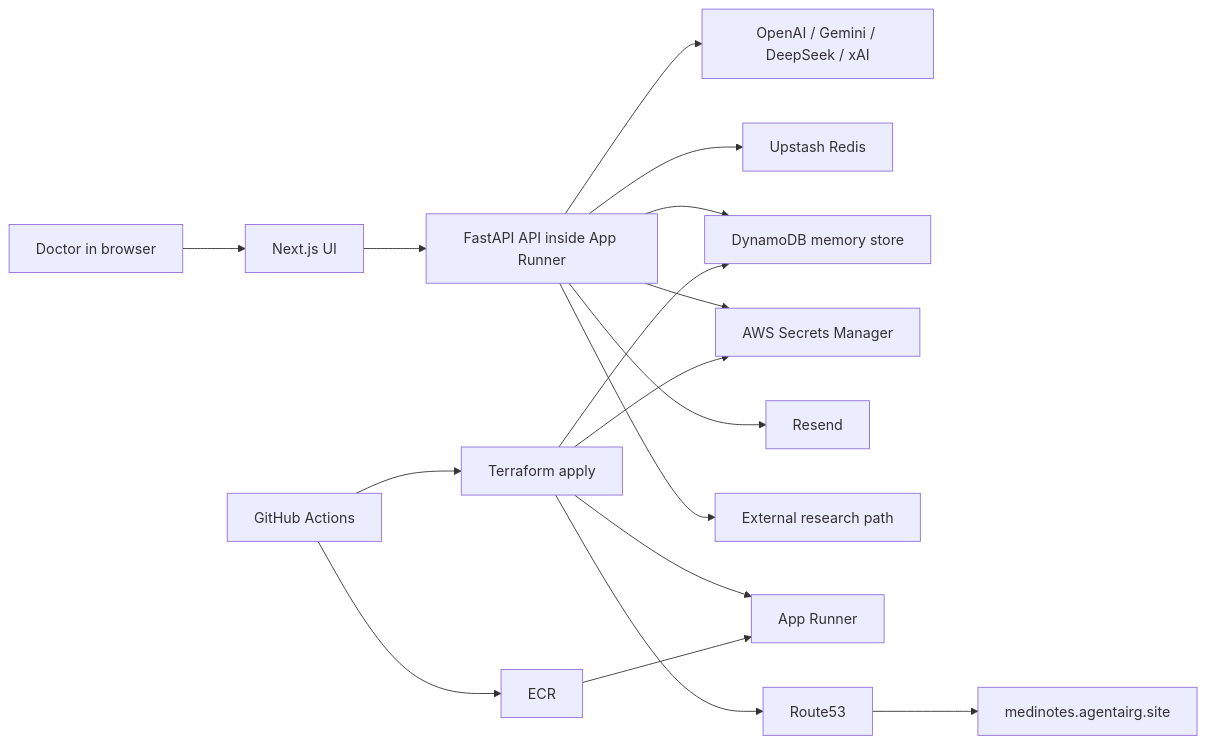
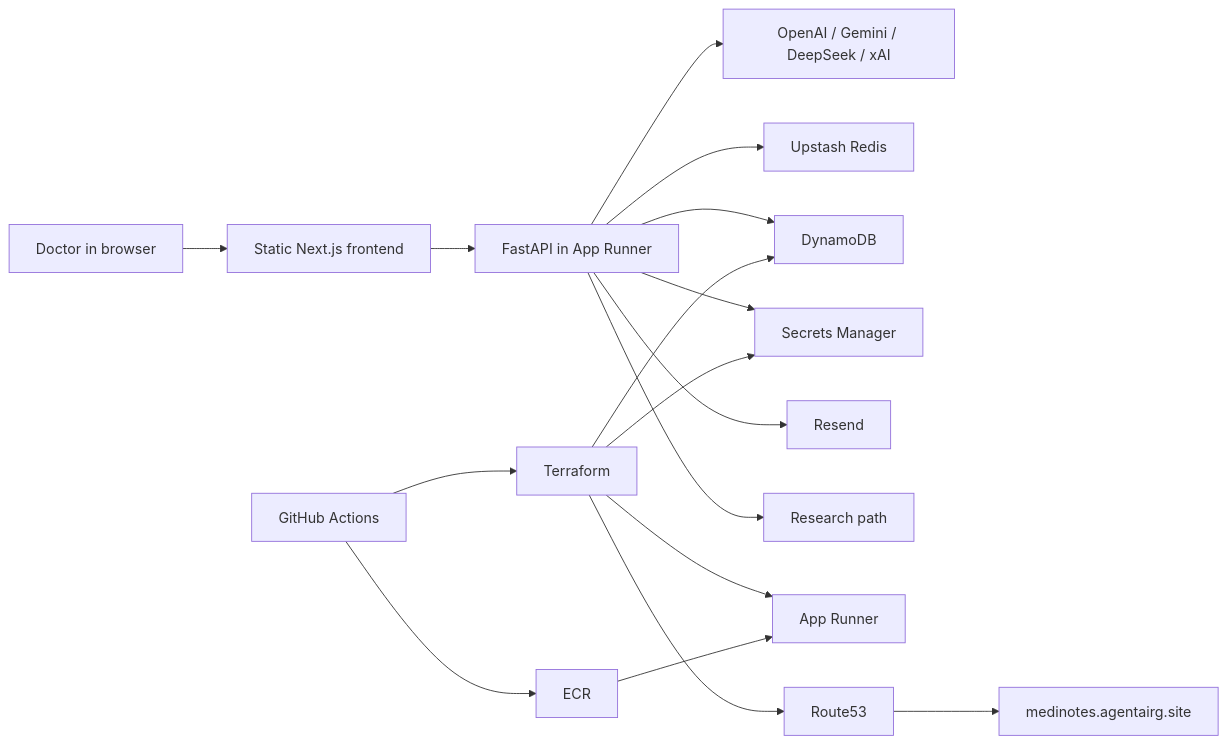
The first of 3 diagrams in ARCHITECTURE.md (rhyegacillos/agents-app), drawn with Mermaid before and after one commit. The commit also changed other lines of this file and 3 other files, not shown here.

Commit message:
Refine healthcare architecture documentation flow

````diff
--- a/ARCHITECTURE.md
+++ b/ARCHITECTURE.md
@@ -92,19 +67,19 @@
 ```mermaid
 flowchart LR
-    User[Doctor in browser] --> UI[Next.js UI]
-    UI --> API[FastAPI API inside App Runner]
-    API --> LLM[OpenAI / Gemini / DeepSeek / xAI]
+    User[Doctor in browser] --> UI[Static Next.js frontend]
+    UI --> API[FastAPI in App Runner]
+    API --> Models[OpenAI / Gemini / DeepSeek / xAI]
     API --> Redis[Upstash Redis]
-    API --> DDB[DynamoDB memory store]
-    API --> SM[AWS Secrets Manager]
+    API --> DDB[DynamoDB]
+    API --> SM[Secrets Manager]
     API --> Resend[Resend]
-    API --> Brave[External research path]
-    GH[GitHub Actions] --> TF[Terraform apply]
+    API --> Brave[Research path]
+    GH[GitHub Actions] --> TF[Terraform]
     GH --> ECR[ECR]
     TF --> AR[App Runner]
     TF --> DDB
     TF --> SM
     TF --> R53[Route53]
     ECR --> AR
     R53 --> Domain[medinotes.agentairg.site]
 ```
````
